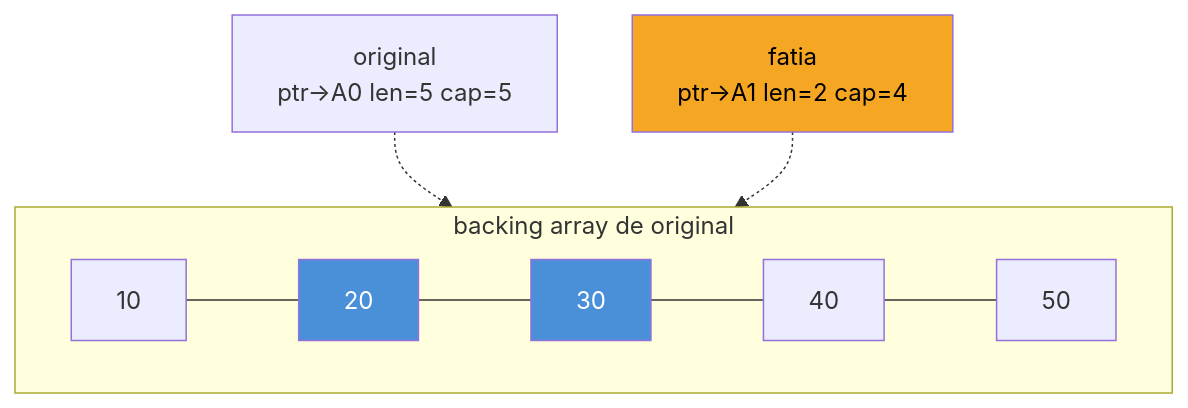
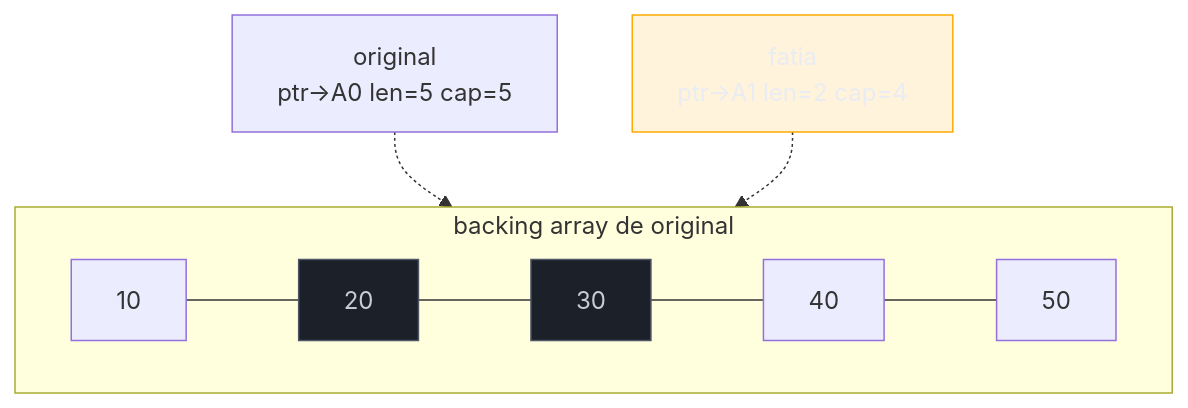
One commit to josenaldo/codex-technomanticus changed the second of 4 diagrams in 03-Dominios/Tecnologia/Go/05 - Coleções e dados/05 - O modelo de memória de slices — len, cap e aliasing.md. Above: the diagram before and after it, drawn with Mermaid. The commit also changed other lines of this file and 1181 other files, not shown here.

First line of the commit message:
fix(diagramas): paleta do sistema no lugar de cor cravada no markdown

````diff
--- a/03-Dominios/Tecnologia/Go/05 - Coleções e dados/05 - O modelo de memória de slices — len, cap e aliasing.md
+++ b/03-Dominios/Tecnologia/Go/05 - Coleções e dados/05 - O modelo de memória de slices — len, cap e aliasing.md
@@ -91,14 +93,16 @@
 ```mermaid
 flowchart TB
+    classDef neutro fill:#1B2029,stroke:#4E5666,color:#C6CCD8
+    classDef destaque fill:#FFAA0024,stroke:#FFAA00,color:#E9ECF2
     subgraph Array["backing array de original"]
         direction LR
         A0["10"] --- A1["20"] --- A2["30"] --- A3["40"] --- A4["50"]
     end
 
     O["original\nptr→A0 len=5 cap=5"] -.-> A0
     F["fatia\nptr→A1 len=2 cap=4"] -.-> A1
 
-    style A1 fill:#4A90D9,color:#fff
-    style A2 fill:#4A90D9,color:#fff
-    style F fill:#F5A623,color:#000
+    class A1 neutro
+    class A2 neutro
+    class F destaque
 ```
````
